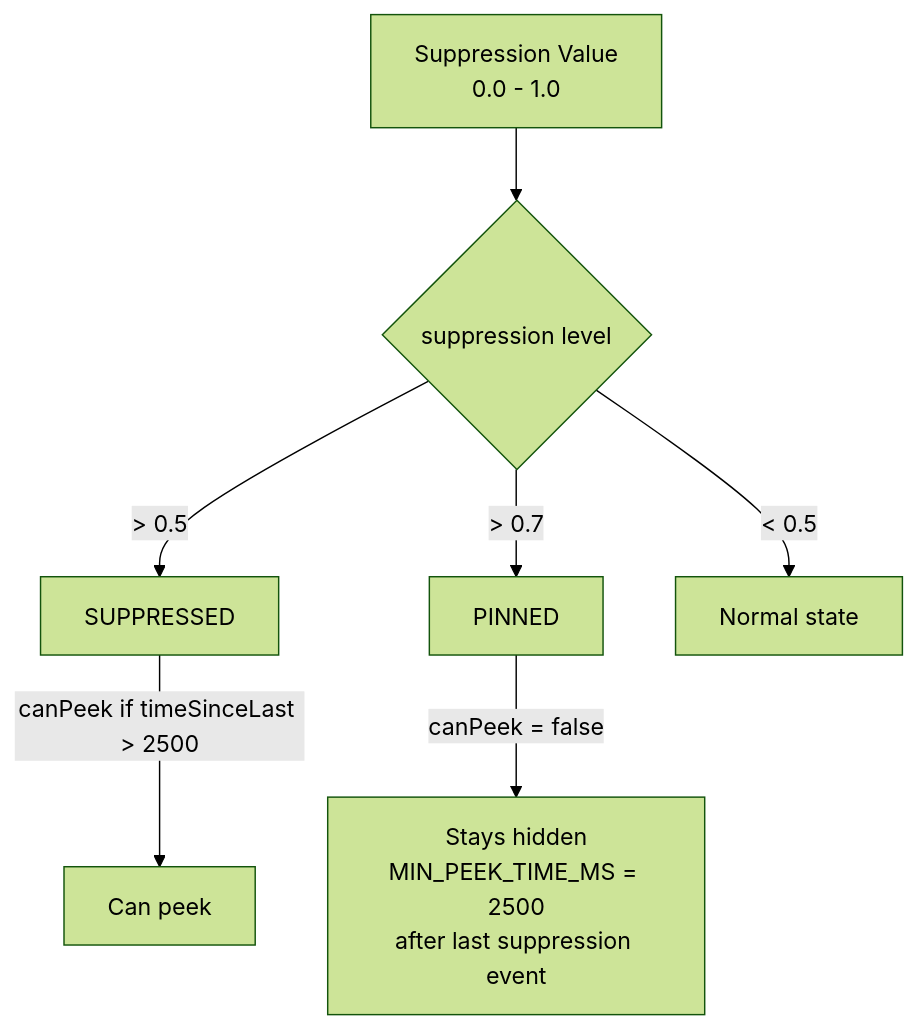
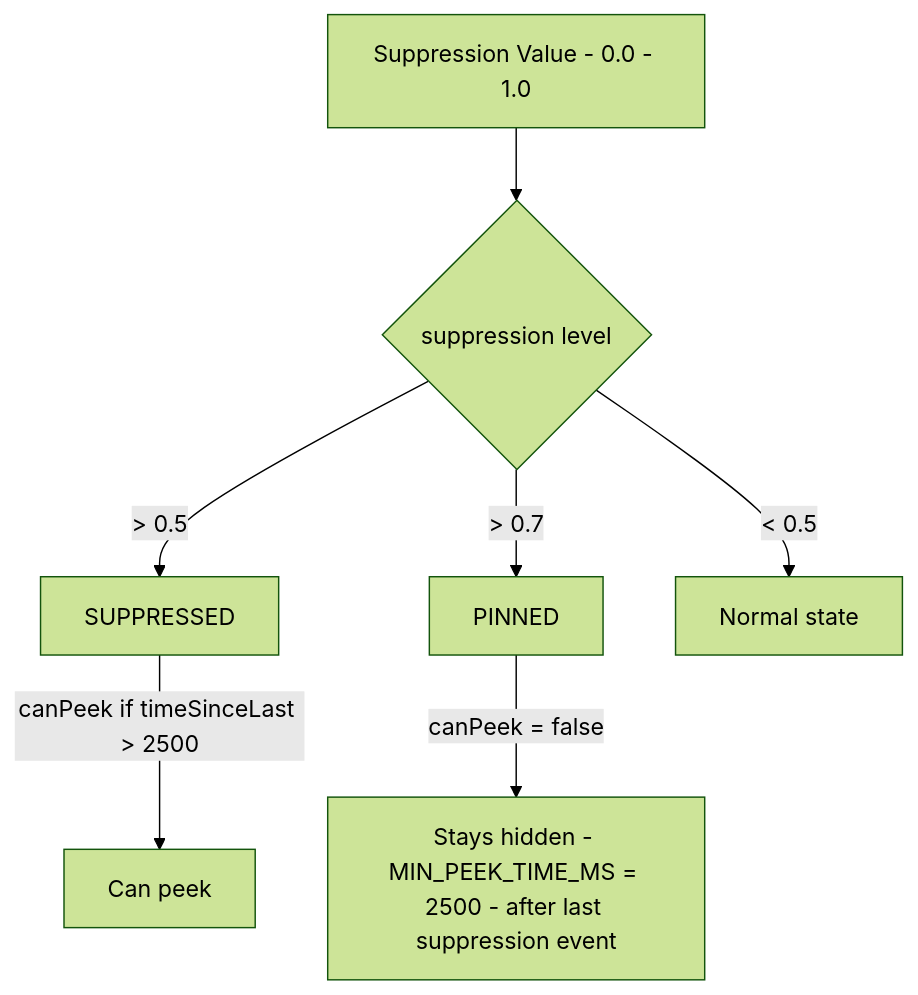
One commit to MegiTicky/steves_army changed diagram 11 of 27 in ARCHITECTURE.md. Above: the diagram before and after it, drawn with Mermaid (forest theme). The commit also changed other lines of this file, not shown here.

Commit message:
Fix ARCHITECTURE.md: replace broken unicode chars and Mermaid HTML tags with ASCII

````diff
--- a/ARCHITECTURE.md
+++ b/ARCHITECTURE.md
@@ -347,9 +347,9 @@
 ```mermaid
 flowchart TD
-    SUP[Suppression Value<br/>0.0 - 1.0] --> EVAL{suppression level}
+    SUP[Suppression Value - 0.0 - 1.0] --> EVAL{suppression level}
     EVAL -->|> 0.5| S[SUPPRESSED]
     EVAL -->|> 0.7| P[PINNED]
-    P -->|canPeek = false| HIDE[Stays hidden<br/>MIN_PEEK_TIME_MS = 2500<br/>after last suppression event]
+    P -->|canPeek = false| HIDE[Stays hidden - MIN_PEEK_TIME_MS = 2500 - after last suppression event]
     S -->|canPeek if timeSinceLast > 2500| PEEK[Can peek]
     EVAL -->|< 0.5| NORMAL[Normal state]
 ```
````
